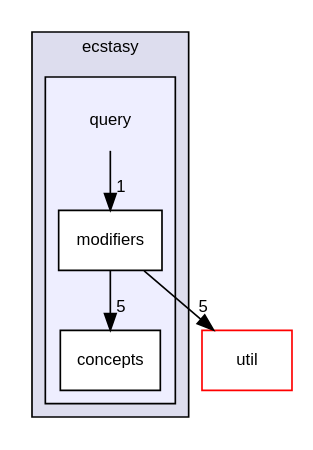
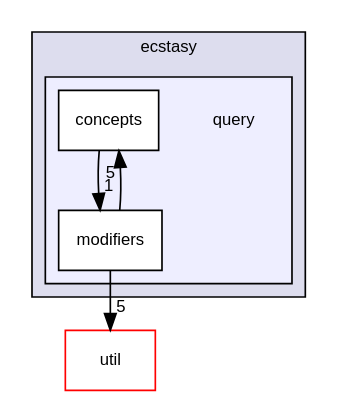
Before and after one commit to AndreasLrx/ecstasy: the diagram in dir_5392b01d02c3d4d0985a94f633790057_dep.dot, drawn with Graphviz. The commit also changed 401 other files, not shown here.

```diff
--- a/dir_5392b01d02c3d4d0985a94f633790057_dep.dot
+++ b/dir_5392b01d02c3d4d0985a94f633790057_dep.dot
@@ -1,18 +1,18 @@
 digraph "src/ecstasy/query" {
   compound=true
   node [ fontsize="10", fontname="Helvetica"];
   edge [ labelfontsize="10", labelfontname="Helvetica"];
   subgraph clusterdir_6b0b9537e2784bce85aaa1605580a3a0 {
     graph [ bgcolor="#ddddee", pencolor="black", label="ecstasy" fontname="Helvetica", fontsize="10", URL="dir_6b0b9537e2784bce85aaa1605580a3a0.html"]
   subgraph clusterdir_5392b01d02c3d4d0985a94f633790057 {
     graph [ bgcolor="#eeeeff", pencolor="black", label="" URL="dir_5392b01d02c3d4d0985a94f633790057.html"];
     dir_5392b01d02c3d4d0985a94f633790057 [shape=plaintext label="query"];
     dir_13af086a2b4f3f42e1124b964311462f [shape=box label="concepts" color="black" fillcolor="white" style="filled" URL="dir_13af086a2b4f3f42e1124b964311462f.html"];
     dir_61bf9ae590597ff865d3419e12f202a9 [shape=box label="modifiers" color="black" fillcolor="white" style="filled" URL="dir_61bf9ae590597ff865d3419e12f202a9.html"];
   }
   }
   dir_b7878ad5ecbf2506f4125b9d34c97e45 [shape=box label="util" fillcolor="white" style="filled" color="red" URL="dir_b7878ad5ecbf2506f4125b9d34c97e45.html"];
-  dir_5392b01d02c3d4d0985a94f633790057->dir_61bf9ae590597ff865d3419e12f202a9 [headlabel="1", labeldistance=1.5 headhref="dir_000011_000013.html"];
+  dir_13af086a2b4f3f42e1124b964311462f->dir_61bf9ae590597ff865d3419e12f202a9 [headlabel="1", labeldistance=1.5 headhref="dir_000012_000013.html"];
   dir_61bf9ae590597ff865d3419e12f202a9->dir_b7878ad5ecbf2506f4125b9d34c97e45 [headlabel="5", labeldistance=1.5 headhref="dir_000013_000024.html"];
   dir_61bf9ae590597ff865d3419e12f202a9->dir_13af086a2b4f3f42e1124b964311462f [headlabel="5", labeldistance=1.5 headhref="dir_000013_000012.html"];
 }
```
